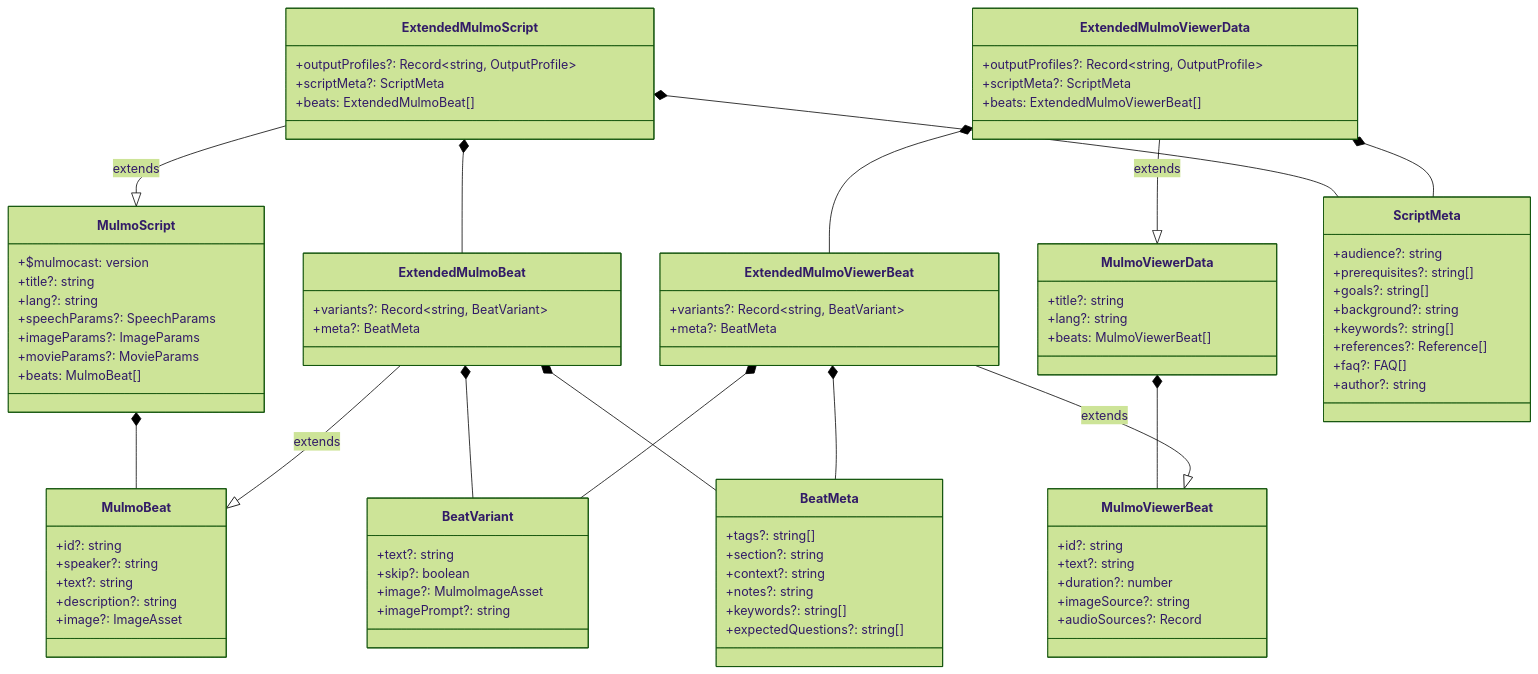
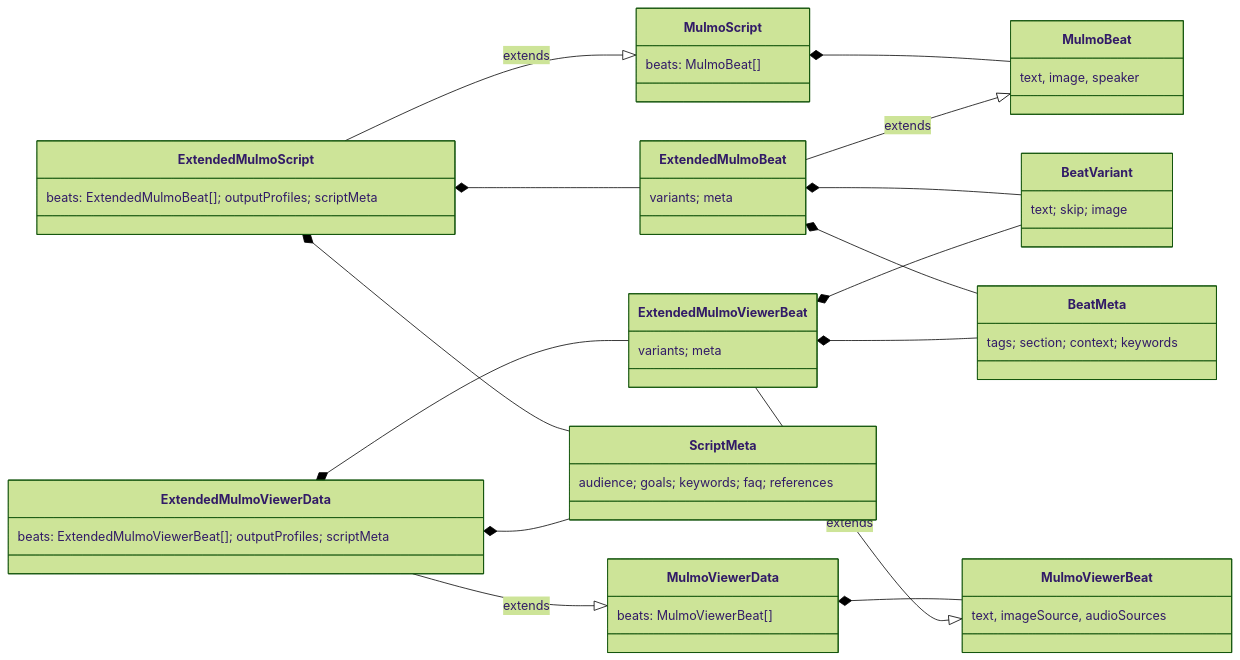
The first of 3 diagrams in packages/mulmocast-extended-types/README.md (receptron/mulmocast-plus), drawn with Mermaid (forest theme) before and after one commit. The commit also changed other lines of this file, not shown here.

Commit message:
fix: replace \n with <br/> in all Mermaid diagrams, remove old Conversion Flow

````diff
--- a/packages/mulmocast-extended-types/README.md
+++ b/packages/mulmocast-extended-types/README.md
@@ -7,85 +7,6 @@
 ```mermaid
 classDiagram
-    class MulmoScript {
-        +$mulmocast: version
-        +title?: string
-        +lang?: string
-        +speechParams?: SpeechParams
-        +imageParams?: ImageParams
-        +movieParams?: MovieParams
-        +beats: MulmoBeat[]
-    }
-
-    class MulmoBeat {
-        +id?: string
-        +speaker?: string
-        +text?: string
-        +description?: string
-        +image?: ImageAsset
-    }
-
-    class MulmoViewerData {
-        +title?: string
-        +lang?: string
-        +beats: MulmoViewerBeat[]
-    }
-
-    class MulmoViewerBeat {
-        +id?: string
-        +text?: string
-        +duration?: number
-        +imageSource?: string
-        +audioSources?: Record
-    }
-
-    class ExtendedMulmoScript {
-        +outputProfiles?: Record~string, OutputProfile~
-        +scriptMeta?: ScriptMeta
-        +beats: ExtendedMulmoBeat[]
-    }
-
-    class ExtendedMulmoBeat {
-        +variants?: Record~string, BeatVariant~
-        +meta?: BeatMeta
-    }
-
-    class ExtendedMulmoViewerData {
-        +outputProfiles?: Record~string, OutputProfile~
-        +scriptMeta?: ScriptMeta
-        +beats: ExtendedMulmoViewerBeat[]
-    }
-
-    class ExtendedMulmoViewerBeat {
-        +variants?: Record~string, BeatVariant~
-        +meta?: BeatMeta
-    }
-
-    class BeatVariant {
-        +text?: string
-        +skip?: boolean
-        +image?: MulmoImageAsset
-        +imagePrompt?: string
-    }
-
-    class BeatMeta {
-        +tags?: string[]
-        +section?: string
-        +context?: string
-        +notes?: string
-        +keywords?: string[]
-        +expectedQuestions?: string[]
-    }
-
-    class ScriptMeta {
-        +audience?: string
-        +prerequisites?: string[]
-        +goals?: string[]
-        +background?: string
-        +keywords?: string[]
-        +references?: Reference[]
-        +faq?: FAQ[]
-        +author?: string
-    }
+    direction LR
 
     MulmoScript *-- MulmoBeat
     MulmoViewerData *-- MulmoViewerBeat
@@ -93,7 +14,6 @@
     ExtendedMulmoScript --|> MulmoScript : extends
     ExtendedMulmoScript *-- ExtendedMulmoBeat
     ExtendedMulmoScript *-- ScriptMeta
-
     ExtendedMulmoBeat --|> MulmoBeat : extends
     ExtendedMulmoBeat *-- BeatVariant
     ExtendedMulmoBeat *-- BeatMeta
@@ -101,8 +21,21 @@
     ExtendedMulmoViewerData --|> MulmoViewerData : extends
     ExtendedMulmoViewerData *-- ExtendedMulmoViewerBeat
     ExtendedMulmoViewerData *-- ScriptMeta
-
     ExtendedMulmoViewerBeat --|> MulmoViewerBeat : extends
     ExtendedMulmoViewerBeat *-- BeatVariant
     ExtendedMulmoViewerBeat *-- BeatMeta
+
+    class MulmoScript { beats: MulmoBeat[] }
+    class MulmoBeat { text, image, speaker }
+    class MulmoViewerData { beats: MulmoViewerBeat[] }
+    class MulmoViewerBeat { text, imageSource, audioSources }
+
+    class ExtendedMulmoScript { beats: ExtendedMulmoBeat[]; outputProfiles; scriptMeta }
+    class ExtendedMulmoBeat { variants; meta }
+    class ExtendedMulmoViewerData { beats: ExtendedMulmoViewerBeat[]; outputProfiles; scriptMeta }
+    class ExtendedMulmoViewerBeat { variants; meta }
+
+    class BeatVariant { text; skip; image }
+    class BeatMeta { tags; section; context; keywords }
+    class ScriptMeta { audience; goals; keywords; faq; references }
 ```
````
